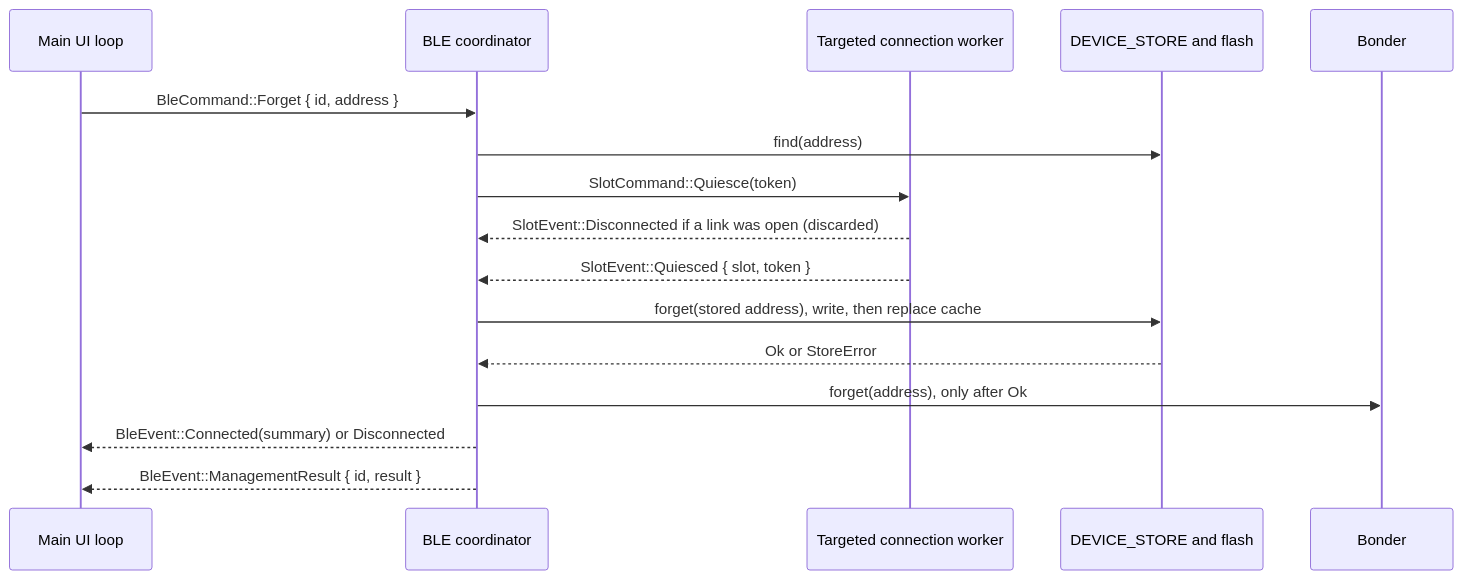
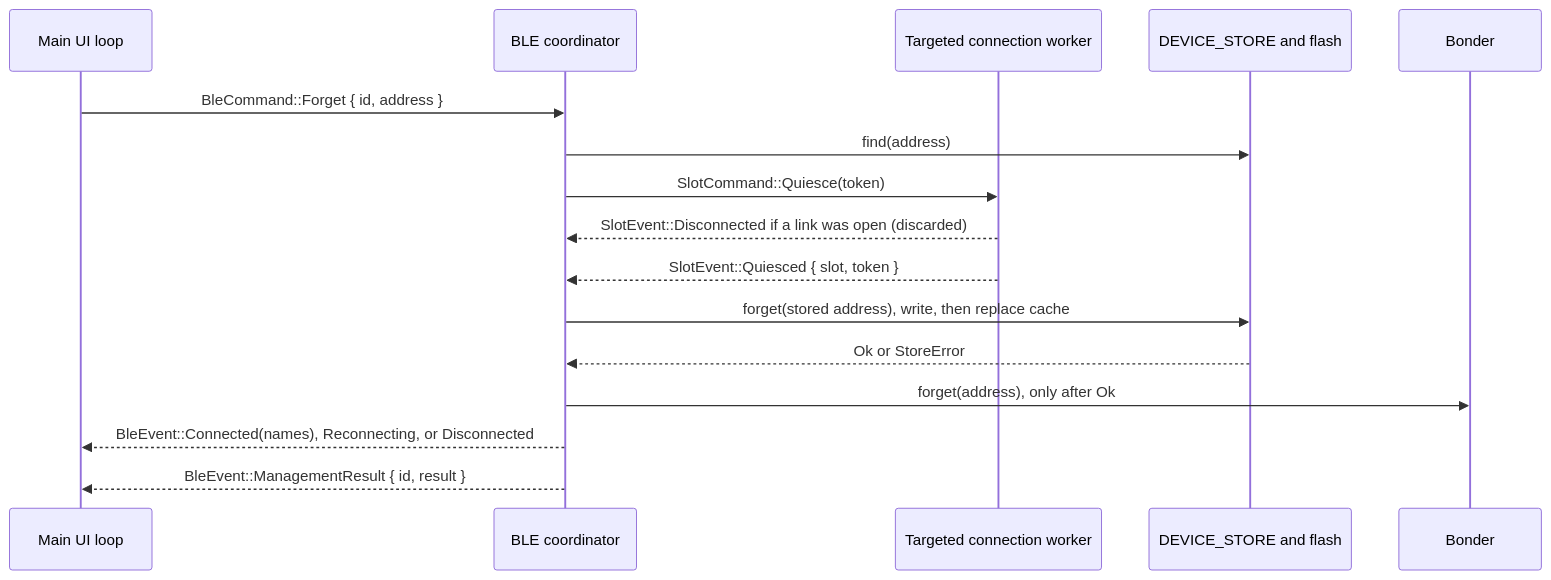
One commit to chefzaid/bt2usb changed the second of 2 diagrams in docs/data-model.md. Above: the diagram before and after it, drawn with Mermaid. The commit also changed other lines of this file and 21 other files, not shown here.

````diff
--- a/docs/data-model.md
+++ b/docs/data-model.md
@@ -738,18 +739,18 @@
 ```mermaid
 sequenceDiagram
     participant UI as Main UI loop
     participant C as BLE coordinator
     participant W as Targeted connection worker
     participant S as DEVICE_STORE and flash
     participant B as Bonder
     UI->>C: BleCommand::Forget { id, address }
     C->>S: find(address)
     C->>W: SlotCommand::Quiesce(token)
     W-->>C: SlotEvent::Disconnected if a link was open (discarded)
     W-->>C: SlotEvent::Quiesced { slot, token }
     C->>S: forget(stored address), write, then replace cache
     S-->>C: Ok or StoreError
     C->>B: forget(address), only after Ok
-    C-->>UI: BleEvent::Connected(summary) or Disconnected
+    C-->>UI: BleEvent::Connected(names), Reconnecting, or Disconnected
     C-->>UI: BleEvent::ManagementResult { id, result }
 ```
````
